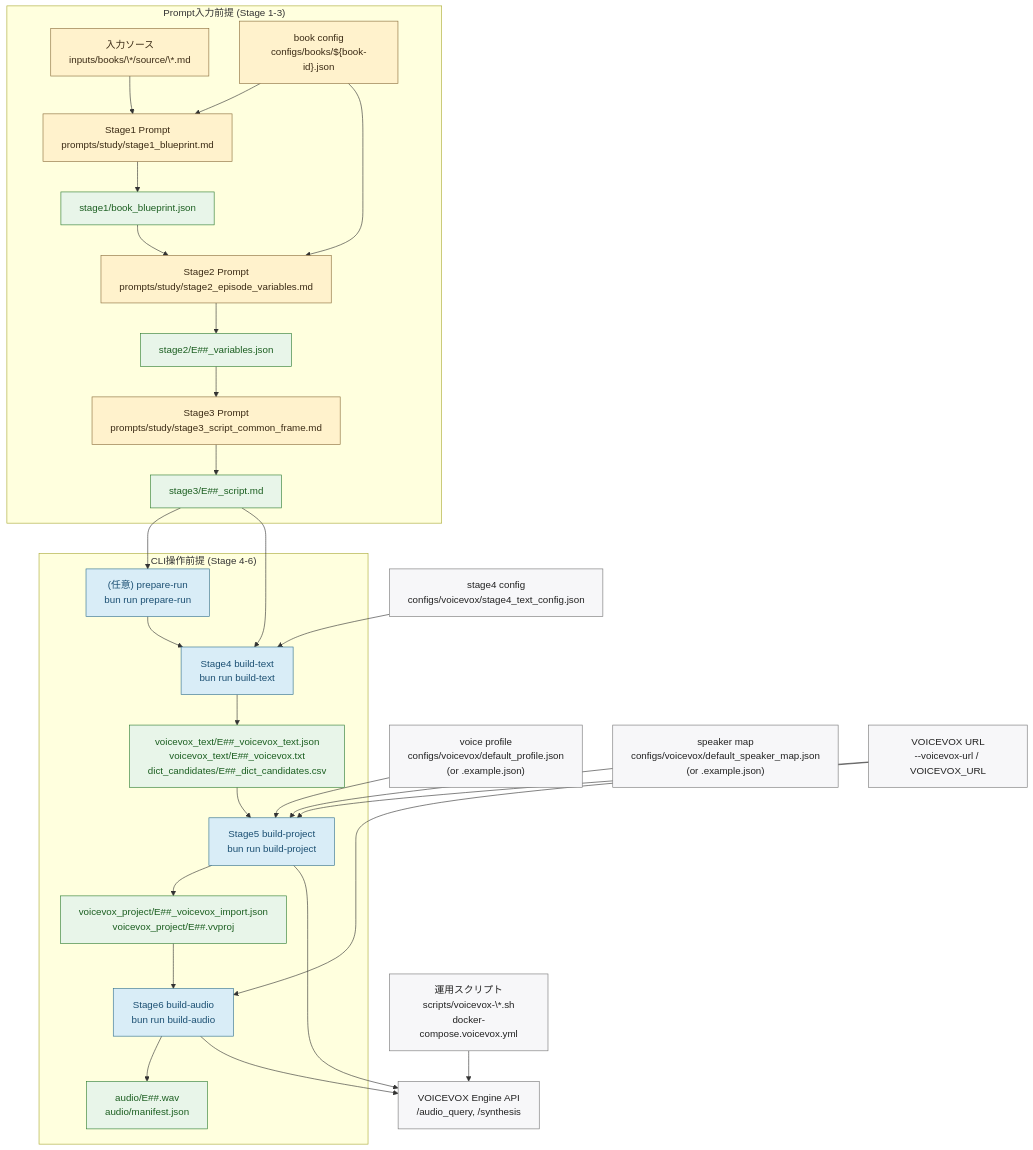
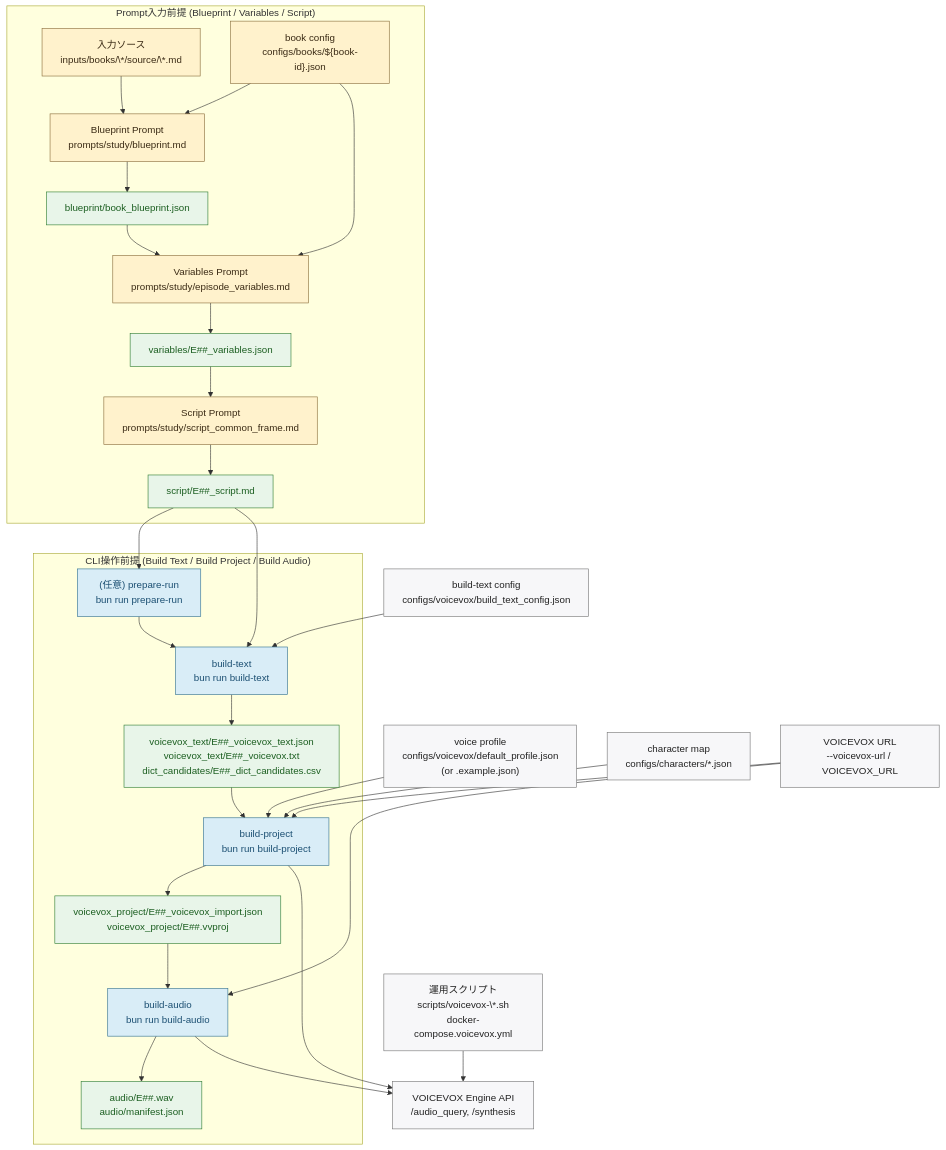
The diagram in docs/architecture/pipeline.md (niroe5tar64/narrative-vox), drawn with Mermaid before and after one commit. The commit also changed other lines of this file and 10 other files, not shown here.

````diff
--- a/docs/architecture/pipeline.md
+++ b/docs/architecture/pipeline.md
@@ -12,64 +12,64 @@
 ```mermaid
 flowchart TB
-  subgraph PromptFlow["Prompt入力前提 (Stage 1-3)"]
+  subgraph PromptFlow["Prompt入力前提 (Blueprint / Variables / Script)"]
     S["入力ソース<br/>inputs/books/\*/source/\*.md"]
     BCFG["book config<br/>configs/books/${book-id}.json"]
-    P1["Stage1 Prompt<br/>prompts/study/stage1_blueprint.md"]
-    O1["stage1/book_blueprint.json"]
-    P2["Stage2 Prompt<br/>prompts/study/stage2_episode_variables.md"]
-    O2["stage2/E##_variables.json"]
-    P3["Stage3 Prompt<br/>prompts/study/stage3_script_common_frame.md"]
-    O3["stage3/E##_script.md"]
+    P1["Blueprint Prompt<br/>prompts/study/blueprint.md"]
+    O1["blueprint/book_blueprint.json"]
+    P2["Variables Prompt<br/>prompts/study/episode_variables.md"]
+    O2["variables/E##_variables.json"]
+    P3["Script Prompt<br/>prompts/study/script_common_frame.md"]
+    O3["script/E##_script.md"]
     S --> P1
     BCFG --> P1
     P1 --> O1
     O1 --> P2
     BCFG --> P2
     P2 --> O2
     O2 --> P3
     P3 --> O3
   end
 
-  subgraph CliFlow["CLI操作前提 (Stage 4-6)"]
+  subgraph CliFlow["CLI操作前提 (Build Text / Build Project / Build Audio)"]
     C0["(任意) prepare-run<br/>bun run prepare-run"]
-    C1["Stage4 build-text<br/>bun run build-text"]
-    C2["Stage5 build-project<br/>bun run build-project"]
-    C3["Stage6 build-audio<br/>bun run build-audio"]
+    C1["build-text<br/>bun run build-text"]
+    C2["build-project<br/>bun run build-project"]
+    C3["build-audio<br/>bun run build-audio"]
     O4["voicevox_text/E##_voicevox_text.json<br/>voicevox_text/E##_voicevox.txt<br/>dict_candidates/E##_dict_candidates.csv"]
     O5["voicevox_project/E##_voicevox_import.json<br/>voicevox_project/E##.vvproj"]
     O6["audio/E##.wav<br/>audio/manifest.json"]
     C0 --> C1
     C1 --> O4
     O4 --> C2
     C2 --> O5
     O5 --> C3
     C3 --> O6
   end
 
-  CFG4["stage4 config<br/>configs/voicevox/stage4_text_config.json"]
+  CFG4["build-text config<br/>configs/voicevox/build_text_config.json"]
   CFG5P["voice profile<br/>configs/voicevox/default_profile.json<br/>(or .example.json)"]
-  CFG5S["speaker map<br/>configs/voicevox/default_speaker_map.json<br/>(or .example.json)"]
+  CFG5S["character map<br/>configs/characters/*.json"]
   VXURL["VOICEVOX URL<br/>--voicevox-url / VOICEVOX_URL"]
   VXAPI["VOICEVOX Engine API<br/>/audio_query, /synthesis"]
   VXSCRIPT["運用スクリプト<br/>scripts/voicevox-\*.sh<br/>docker-compose.voicevox.yml"]
 
   O3 --> C0
   O3 --> C1
   CFG4 --> C1
   CFG5P --> C2
   CFG5S --> C2
   VXURL --> C2
   VXURL --> C3
   VXSCRIPT --> VXAPI
   C2 --> VXAPI
   C3 --> VXAPI
 
   classDef prompt fill:#fff2cc,stroke:#8a6d3b,color:#3a2a14;
   classDef cli fill:#d9edf7,stroke:#31708f,color:#1b4f72;
   classDef cfg fill:#f7f7f9,stroke:#777,color:#222;
   classDef out fill:#e8f5e9,stroke:#2e7d32,color:#1b5e20;
   class S,BCFG,P1,P2,P3 prompt;
   class C0,C1,C2,C3 cli;
   class CFG4,CFG5P,CFG5S,VXURL,VXAPI,VXSCRIPT cfg;
   class O1,O2,O3,O4,O5,O6 out;
 ```
````
